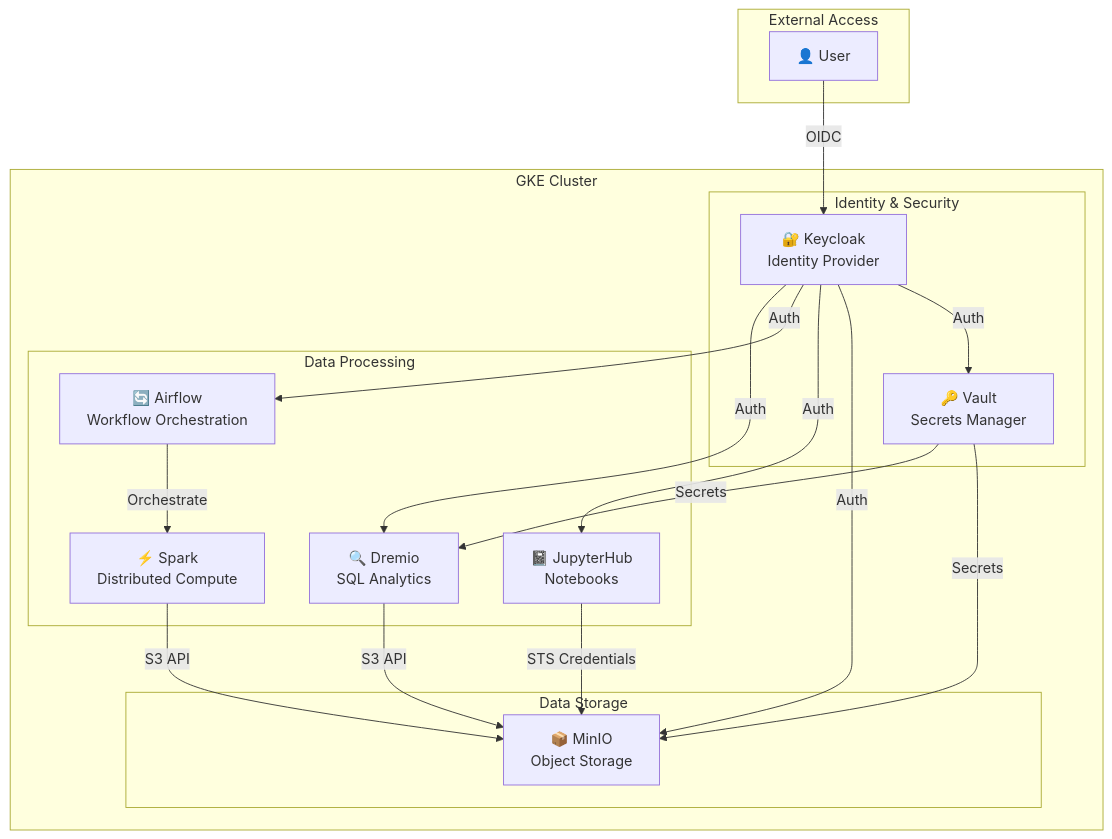
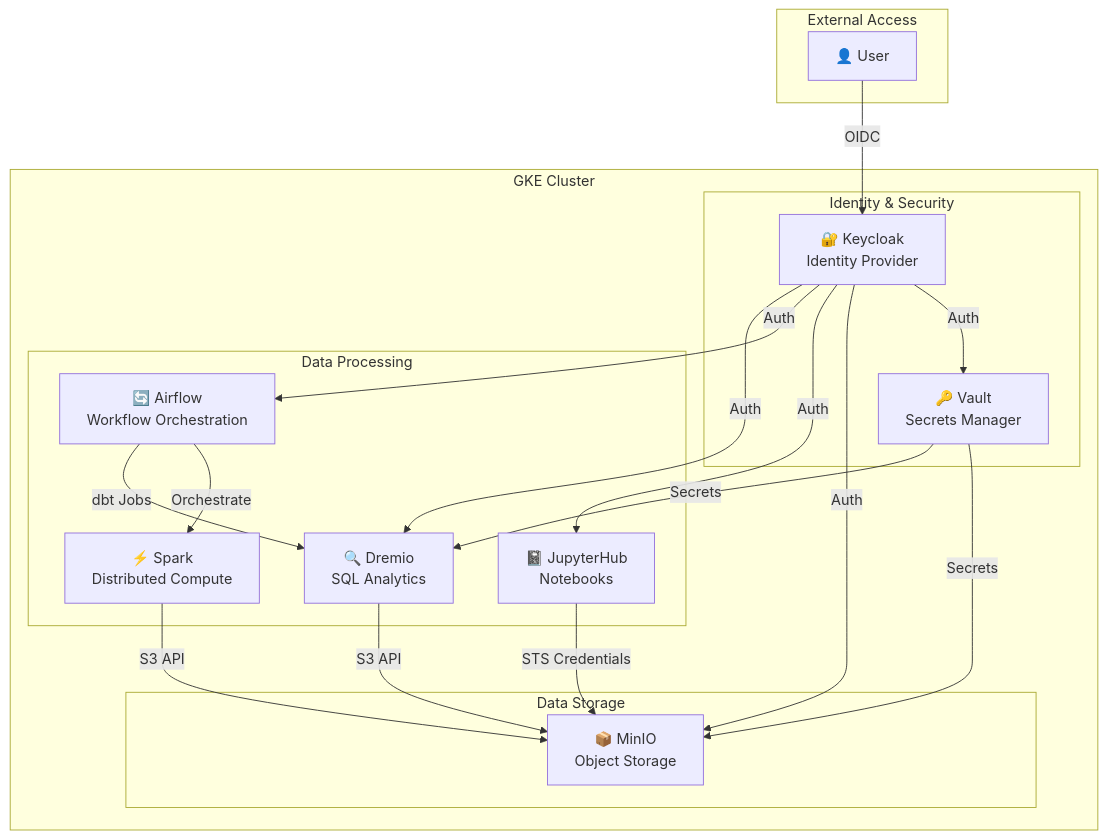
Before and after one commit to rammi-dev/dremio-platform1: the first of 9 diagrams in docs/ARCHITECTURE.md, drawn with Mermaid. The commit also changed 1 other file, not shown here.

Commit message:
Airflow docs

````diff
--- a/docs/ARCHITECTURE.md
+++ b/docs/ARCHITECTURE.md
@@ -7,39 +7,40 @@
 ```mermaid
 graph TB
     subgraph External["External Access"]
         User[👤 User]
     end
     
     subgraph GKE["GKE Cluster"]
         subgraph Identity["Identity & Security"]
             KC[🔐 Keycloak<br/>Identity Provider]
             Vault[🔑 Vault<br/>Secrets Manager]
         end
         
         subgraph Storage["Data Storage"]
             MinIO[📦 MinIO<br/>Object Storage]
         end
         
         subgraph Compute["Data Processing"]
             JH[📓 JupyterHub<br/>Notebooks]
             AF[🔄 Airflow<br/>Workflow Orchestration]
             Spark[⚡ Spark<br/>Distributed Compute]
             Dremio[🔍 Dremio<br/>SQL Analytics]
         end
     end
     
     User -->|OIDC| KC
     KC -->|Auth| Vault
     KC -->|Auth| MinIO
     KC -->|Auth| JH
     KC -->|Auth| AF
     KC -->|Auth| Dremio
     
     JH -->|STS Credentials| MinIO
     AF -->|Orchestrate| Spark
+    AF -->|dbt Jobs| Dremio
     Spark -->|S3 API| MinIO
     Dremio -->|S3 API| MinIO
     
     Vault -->|Secrets| MinIO
     Vault -->|Secrets| Dremio
 ```
````
